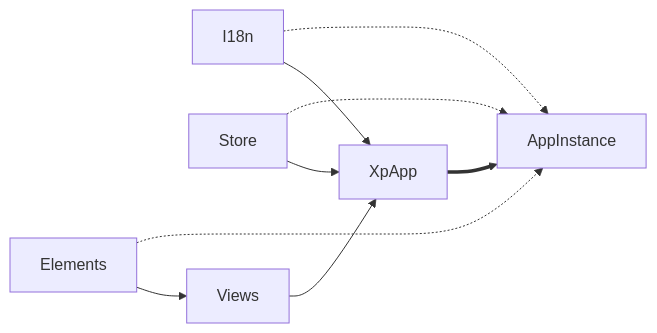
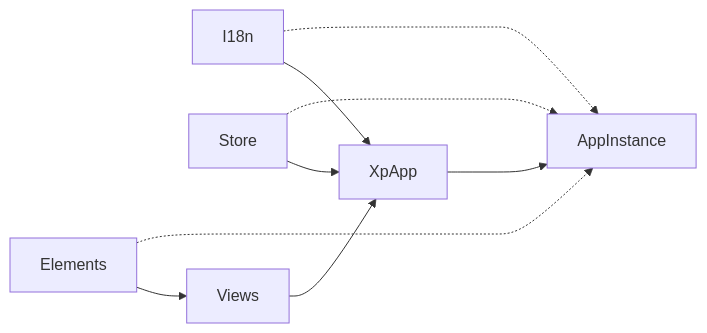
The second of 3 diagrams in README.md (utkusarioglu/rn-vite-tauri-workshop), drawn with Mermaid before and after one commit. The commit also changed other lines of this file, not shown here.

````diff
--- a/README.md
+++ b/README.md
@@ -72,12 +82,12 @@
 ```mermaid
 flowchart LR
     Elements .-> AppInstance
     I18n .-> AppInstance
     Store .-> AppInstance
 
     Elements --> Views --> XpApp
     I18n --> XpApp
     Store --> XpApp
 
-    XpApp ==> AppInstance
+    XpApp ---> AppInstance
 ```
````
